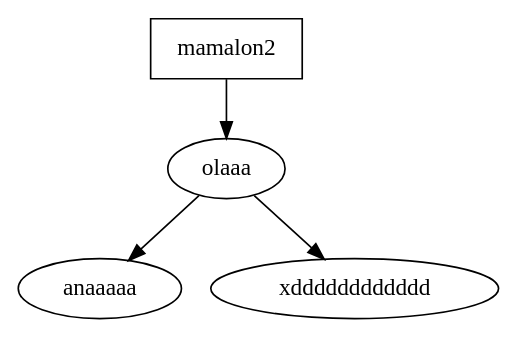
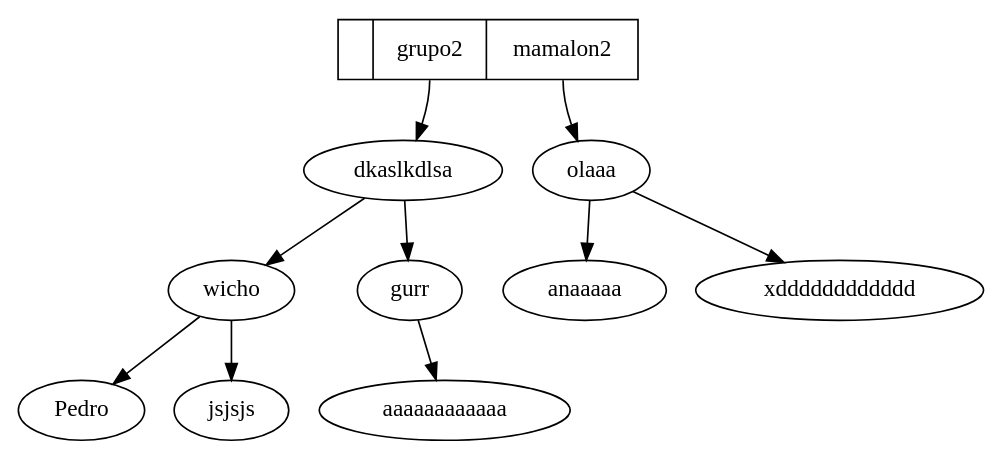
The diagram in cmake-build-debug/grafo.dot (AngelSonVicente/Practica2EDD), drawn with Graphviz before and after one commit. The commit also changed 26 other files, not shown here.

```diff
--- a/cmake-build-debug/grafo.dot
+++ b/cmake-build-debug/grafo.dot
@@ -1,9 +1,26 @@
-digraph mamalon2 {
-raiz [label="mamalon2", shape=box];
-N94779987746496 [label="olaaa"];
-N94779987746496 -> N94779987745968;
-N94779987745968 [label="anaaaaa"];
-N94779987746496 -> N94779987744064;
-N94779987744064 [label="xdddddddddddd"];
-raiz -> N94779987746496;
+digraph PracticaEDD2 {
+  node [shape=record];
+tabla [label="|<grupo2> grupo2|<mamalon2> mamalon2"];
+
+node [shape=oval];
+N94427537108000 [label="dkaslkdlsa"];
+N94427537108000 -> N94427537107232;
+N94427537107232 [label="wicho"];
+N94427537107232 -> N94427537103648;
+N94427537103648 [label="Pedro"];
+N94427537107232 -> N94427537101648;
+N94427537101648 [label="jsjsjs"];
+N94427537108000 -> N94427537108288;
+N94427537108288 [label="gurr"];
+N94427537108288 -> N94427537108576;
+N94427537108576 [label="aaaaaaaaaaaa"];
+tabla:grupo2 -> N94427537108000;
+N94427537104704 [label="olaaa"];
+N94427537104704 -> N94427537104176;
+N94427537104176 [label="anaaaaa"];
+N94427537104704 -> N94427537106240;
+N94427537106240 [label="xdddddddddddd"];
+tabla:mamalon2 -> N94427537104704;
+
+
 }
```
